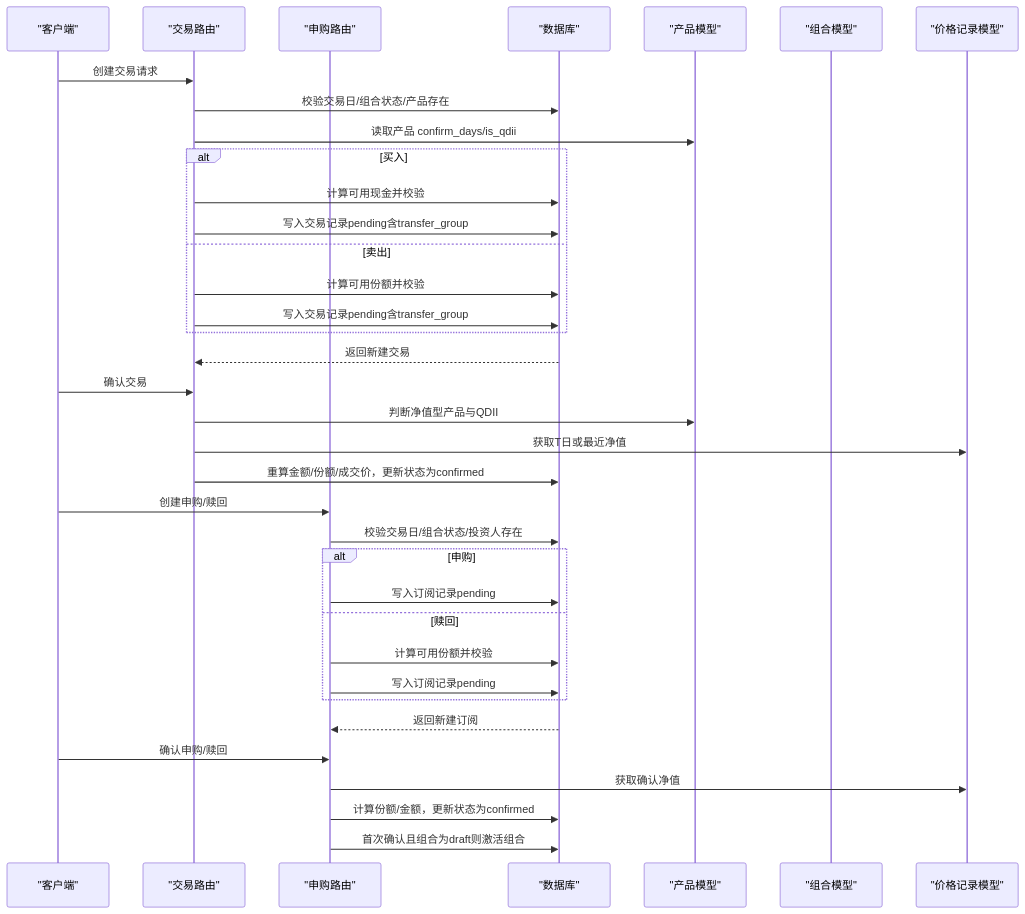
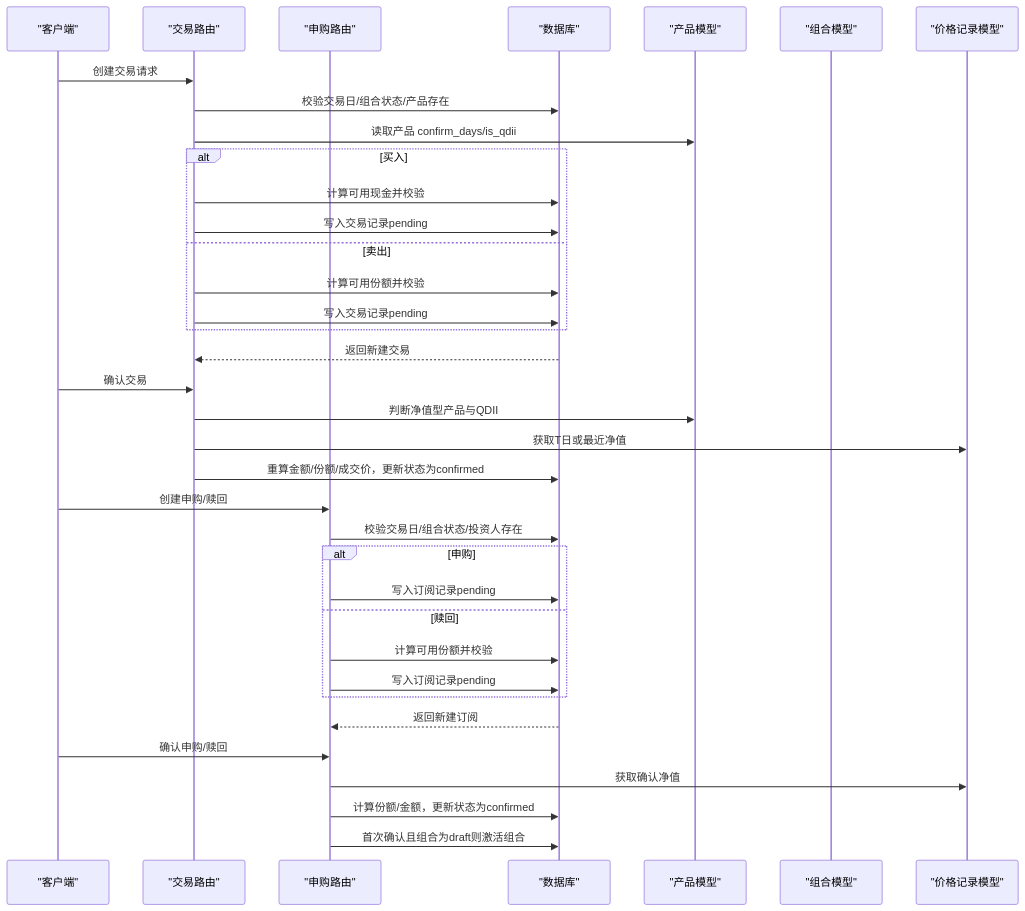
Before and after one commit to gujialind/InvestRing: the second of 6 diagrams in .qoder/repowiki/zh/content/数据库设计/核心业务表结构/交易与订单管理表.md, drawn with Mermaid. The commit also changed other lines of this file and 65 other files, not shown here.

````diff
--- a/.qoder/repowiki/zh/content/数据库设计/核心业务表结构/交易与订单管理表.md
+++ b/.qoder/repowiki/zh/content/数据库设计/核心业务表结构/交易与订单管理表.md
@@ -173,38 +162,38 @@
 ```mermaid
 sequenceDiagram
 participant Client as "客户端"
 participant TradeRouter as "交易路由"
 participant SubRouter as "申购路由"
 participant DB as "数据库"
 participant Product as "产品模型"
 participant Portfolio as "组合模型"
 participant Price as "价格记录模型"
 Client->>TradeRouter : 创建交易请求
 TradeRouter->>DB : 校验交易日/组合状态/产品存在
 TradeRouter->>Product : 读取产品 confirm_days/is_qdii
 alt 买入
 TradeRouter->>DB : 计算可用现金并校验
-TradeRouter->>DB : 写入交易记录pending含transfer_group
+TradeRouter->>DB : 写入交易记录pending
 else 卖出
 TradeRouter->>DB : 计算可用份额并校验
-TradeRouter->>DB : 写入交易记录pending含transfer_group
+TradeRouter->>DB : 写入交易记录pending
 end
 DB-->>TradeRouter : 返回新建交易
 Client->>TradeRouter : 确认交易
 TradeRouter->>Product : 判断净值型产品与QDII
 TradeRouter->>Price : 获取T日或最近净值
 TradeRouter->>DB : 重算金额/份额/成交价，更新状态为confirmed
 Client->>SubRouter : 创建申购/赎回
 SubRouter->>DB : 校验交易日/组合状态/投资人存在
 alt 申购
 SubRouter->>DB : 写入订阅记录pending
 else 赎回
 SubRouter->>DB : 计算可用份额并校验
 SubRouter->>DB : 写入订阅记录pending
 end
 DB-->>SubRouter : 返回新建订阅
 Client->>SubRouter : 确认申购/赎回
 SubRouter->>Price : 获取确认净值
 SubRouter->>DB : 计算份额/金额，更新状态为confirmed
 SubRouter->>DB : 首次确认且组合为draft则激活组合
 ```
````
